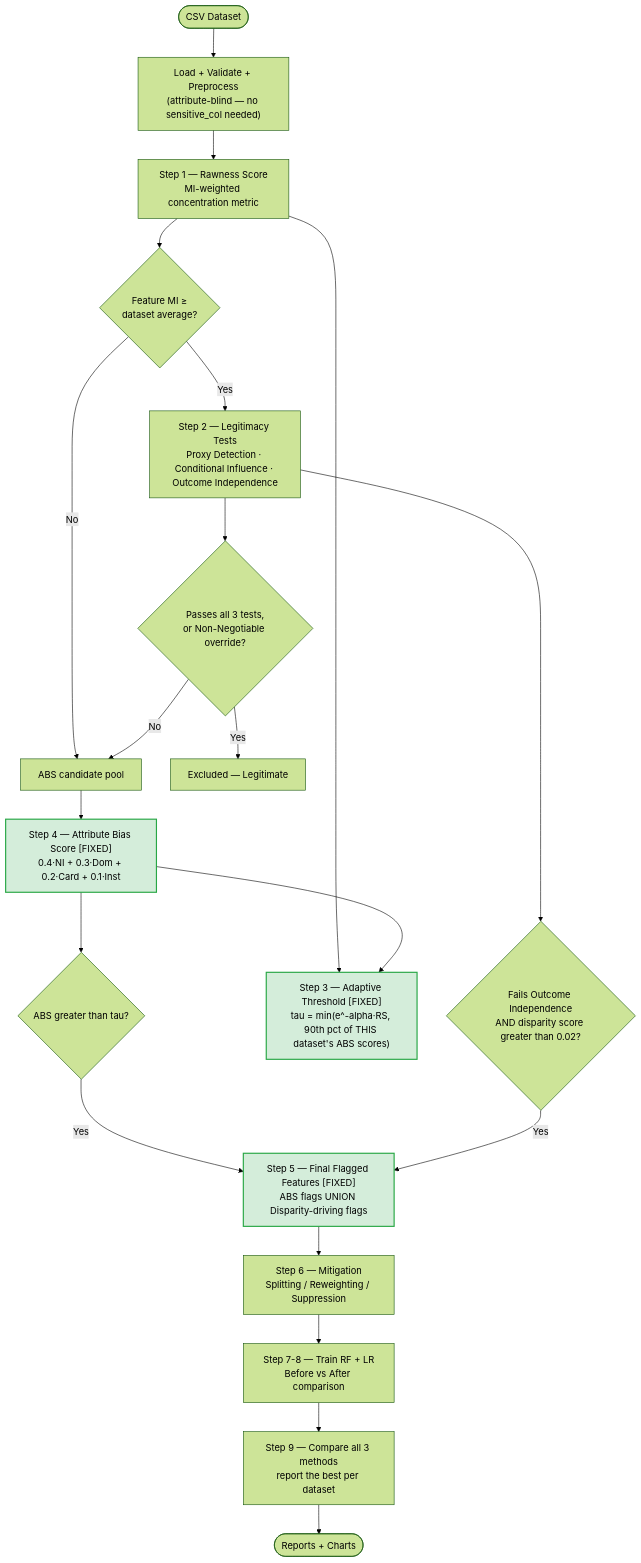
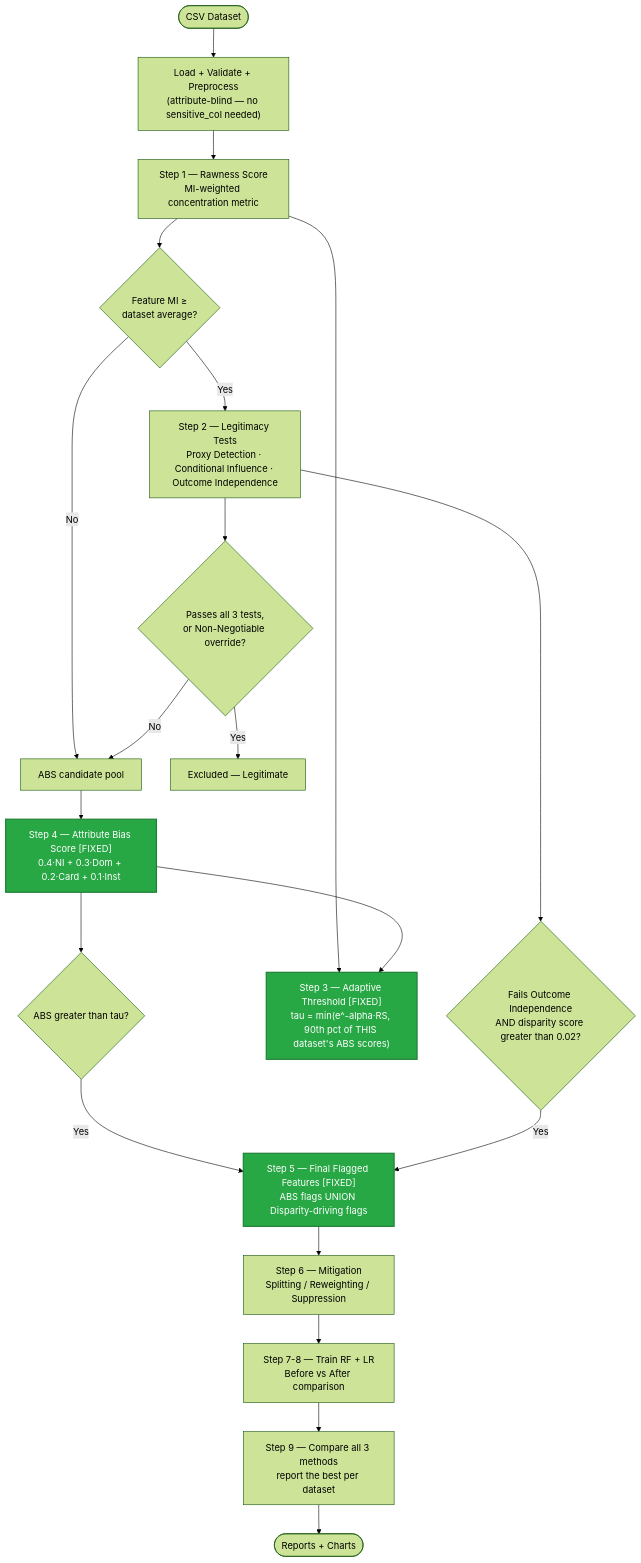
The diagram in README.md (Soumya-205/Bias_Awareness_Research), drawn with Mermaid (forest theme) before and after one commit.

````diff
--- a/README.md
+++ b/README.md
@@ -19,31 +19,31 @@
 ```mermaid
 flowchart TD
     Start(["CSV Dataset"]) --> Load["Load + Validate + Preprocess<br/>(attribute-blind — no sensitive_col needed)"]
     Load --> Rawness["Step 1 — Rawness Score<br/>MI-weighted concentration metric"]
 
     Rawness --> MICheck{"Feature MI ≥<br/>dataset average?"}
     MICheck -- Yes --> Legit["Step 2 — Legitimacy Tests<br/>Proxy Detection · Conditional Influence · Outcome Independence"]
     MICheck -- No --> Pool["ABS candidate pool"]
 
     Legit --> AllPass{"Passes all 3 tests,<br/>or Non-Negotiable override?"}
     AllPass -- Yes --> Excl["Excluded — Legitimate"]
     AllPass -- No --> Pool
 
     Legit --> OITest{"Fails Outcome Independence<br/>AND disparity score greater than 0.02?"}
 
     Rawness --> Threshold["Step 3 — Adaptive Threshold [FIXED]<br/>tau = min(e^-alpha·RS, 90th pct of THIS dataset's ABS scores)"]
     Pool --> ABS["Step 4 — Attribute Bias Score [FIXED]<br/>0.4·NI + 0.3·Dom + 0.2·Card + 0.1·Inst"]
     ABS --> Threshold
 
     ABS --> FlagABS{"ABS greater than tau?"}
     FlagABS -- Yes --> FlagList["Step 5 — Final Flagged Features [FIXED]<br/>ABS flags UNION Disparity-driving flags"]
     OITest -- Yes --> FlagList
 
     FlagList --> Mitigate["Step 6 — Mitigation<br/>Splitting / Reweighting / Suppression"]
     Mitigate --> Eval["Step 7-8 — Train RF + LR<br/>Before vs After comparison"]
     Eval --> Compare["Step 9 — Compare all 3 methods<br/>report the best per dataset"]
     Compare --> Out(["Reports + Charts"])
 
-    classDef fixed fill:#d4edda,stroke:#28a745,stroke-width:2px
+    classDef fixed fill:#28a745,stroke:#1e7e34,stroke-width:2px,color:#ffffff
     class Threshold,ABS,FlagList fixed
 ```
````
